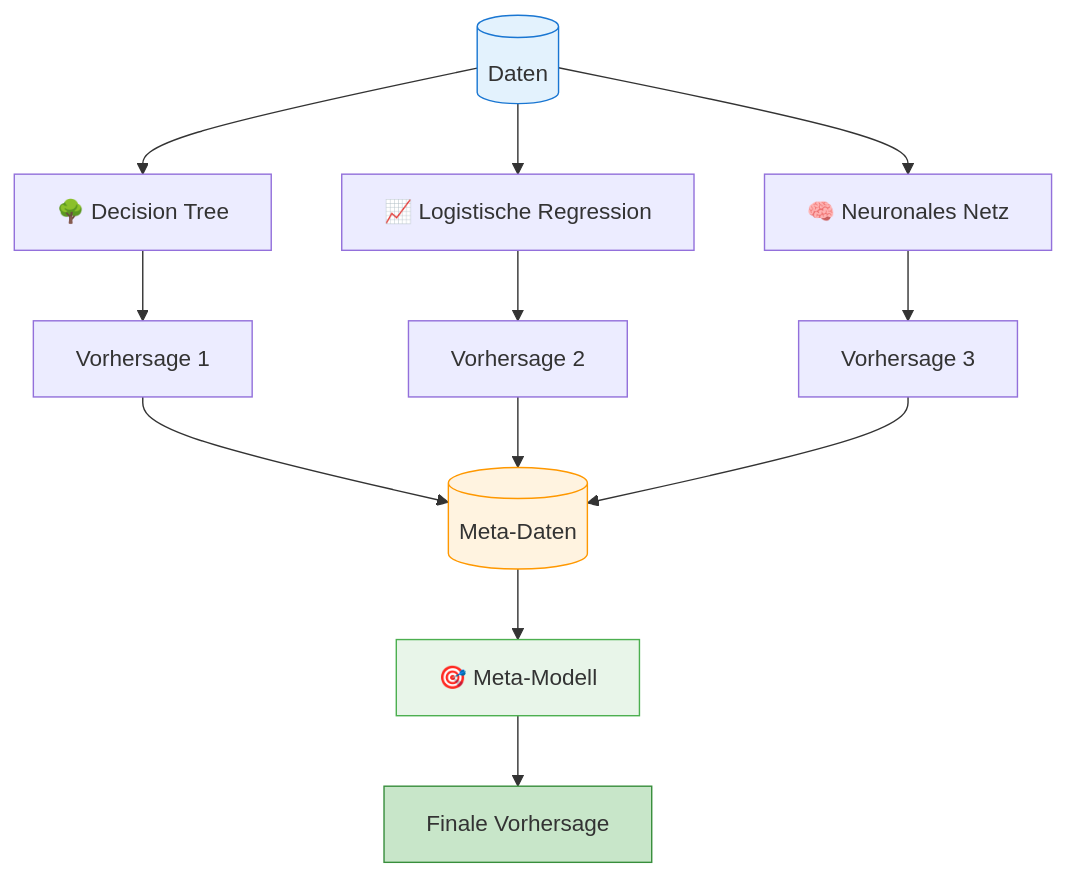
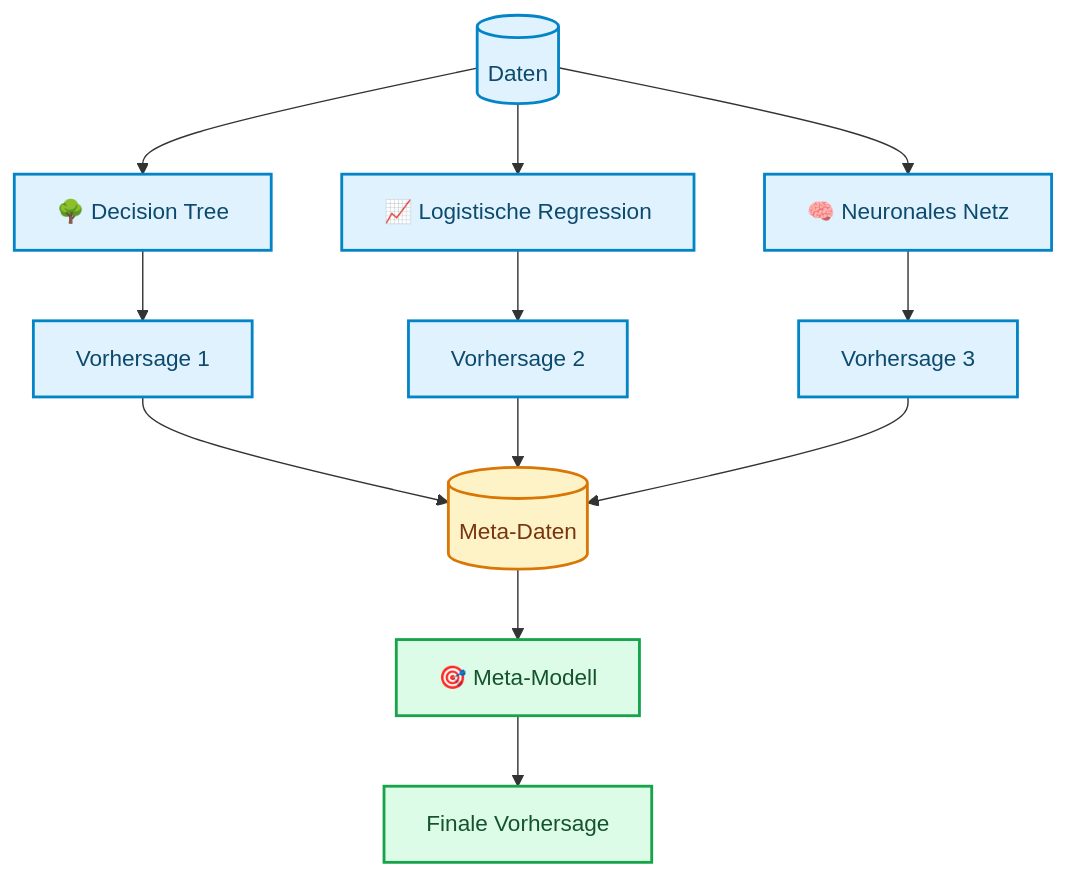
Before and after one commit to ralf-42/ML_Intro: the fifth of 9 diagrams in docs/concepts/modeling/stacking.md, drawn with Mermaid. The commit also changed other lines of this file and 67 other files, not shown here.

````diff
--- a/docs/concepts/modeling/stacking.md
+++ b/docs/concepts/modeling/stacking.md
@@ -167,25 +176,26 @@
 ```mermaid
 flowchart TD
     D[("Daten")]
     
     D --> M1["🌳 Decision Tree"]
     D --> M2["📈 Logistische Regression"]
     D --> M3["🧠 Neuronales Netz"]
     
     M1 --> P1["Vorhersage 1"]
     M2 --> P2["Vorhersage 2"]
     M3 --> P3["Vorhersage 3"]
     
     P1 --> META[("Meta-Daten")]
     P2 --> META
     P3 --> META
     
     META --> MM["🎯 Meta-Modell"]
     
     MM --> FINAL["Finale Vorhersage"]
-    
-    style D fill:#e3f2fd,stroke:#1976d2
-    style META fill:#fff3e0,stroke:#ff9800
-    style MM fill:#e8f5e9,stroke:#4caf50
-    style FINAL fill:#c8e6c9,stroke:#388e3c
+
+    classDef default fill:#e0f2fe,stroke:#0284c7,stroke-width:2px,color:#0c4a6e;
+    classDef metric fill:#fef3c7,stroke:#d97706,stroke-width:2px,color:#78350f;
+    classDef output fill:#dcfce7,stroke:#16a34a,stroke-width:2px,color:#14532d;
+    class META metric;
+    class MM,FINAL output;
 ```
````
